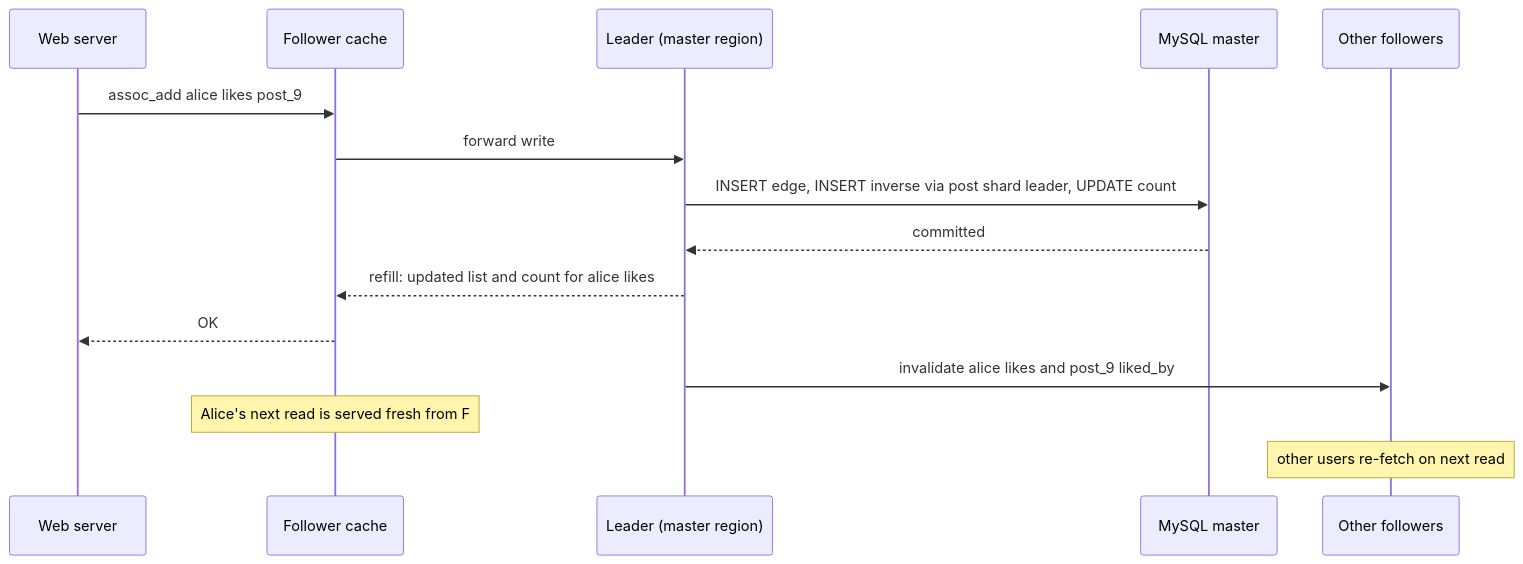
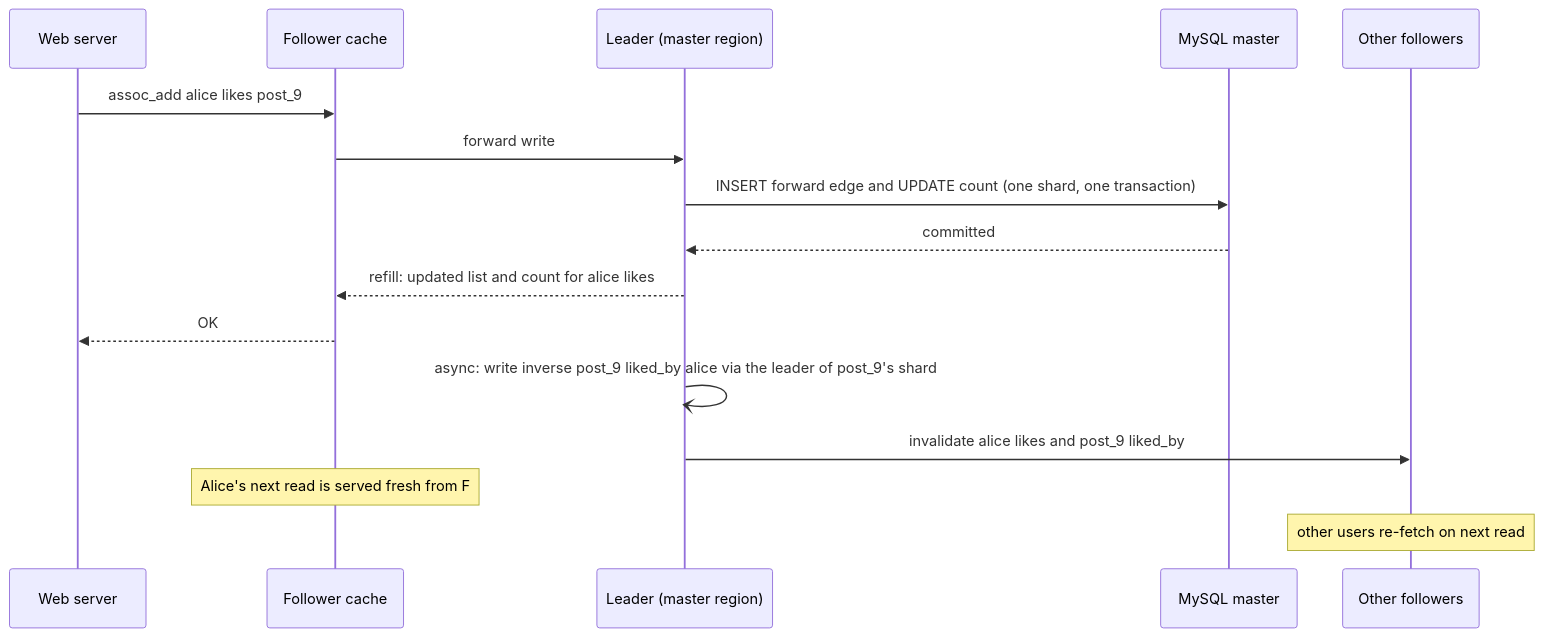
One commit to Ankan1998/learn-system-design changed the third of 3 diagrams in Bonus-Real-World-Architectures/42-Social-Graph-Store/README.md. Above: the diagram before and after it, drawn with Mermaid. The commit also changed other lines of this file and 139 other files, not shown here.

````diff
--- a/Bonus-Real-World-Architectures/42-Social-Graph-Store/README.md
+++ b/Bonus-Real-World-Architectures/42-Social-Graph-Store/README.md
@@ -226,18 +230,19 @@
 ```mermaid
 sequenceDiagram
     participant W as Web server
     participant F as Follower cache
     participant L as Leader (master region)
     participant DB as MySQL master
     participant F2 as Other followers
 
     W->>F: assoc_add alice likes post_9
     F->>L: forward write
-    L->>DB: INSERT edge, INSERT inverse via post shard leader, UPDATE count
+    L->>DB: INSERT forward edge and UPDATE count (one shard, one transaction)
     DB-->>L: committed
     L-->>F: refill: updated list and count for alice likes
     F-->>W: OK
+    L-)L: async: write inverse post_9 liked_by alice via the leader of post_9's shard
     L->>F2: invalidate alice likes and post_9 liked_by
     Note over F: Alice's next read is served fresh from F
     Note over F2: other users re-fetch on next read
 ```
````
